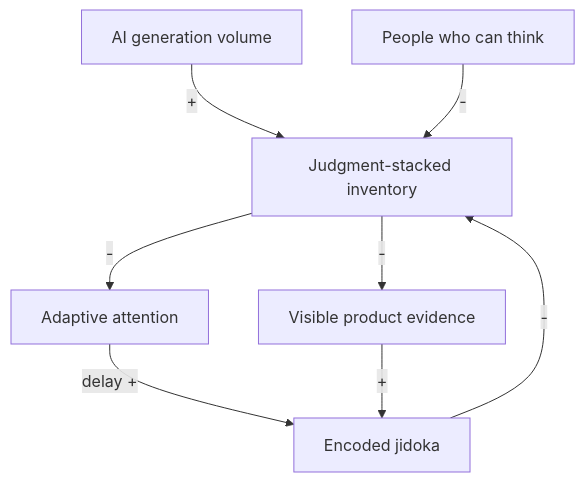
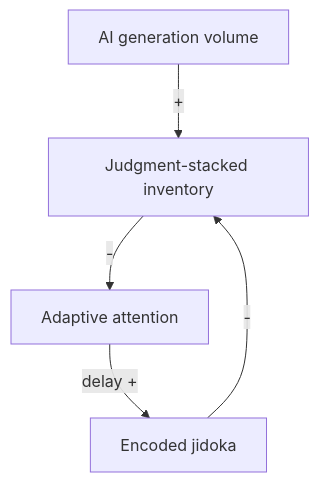
One commit to terryyin/terry-talks changed the second of 3 diagrams in TPS and AI/claims/22-tps-less-ai-cld.md. Above: the diagram before and after it, drawn with Mermaid. The commit also changed other lines of this file, not shown here.

Commit message:
Settle the Claim 22 slide figure set at three small CLDs

````diff
--- a/TPS and AI/claims/22-tps-less-ai-cld.md
+++ b/TPS and AI/claims/22-tps-less-ai-cld.md
@@ -122,17 +117,12 @@
 ```mermaid
 flowchart TB
   AI[AI generation volume]
   INV[Judgment-stacked inventory]
+  AA[Adaptive attention]
   EJ[Encoded jidoka]
-  AA[Adaptive attention]
-  THINK[People who can think]
-  VIS[Visible product evidence]
 
   AI -->|"+"| INV
+  INV -->|"-"| AA
+  AA -->|"delay +"| EJ
   EJ -->|"-"| INV
-  THINK -->|"-"| INV
-  INV -->|"-"| AA
-  INV -->|"-"| VIS
-  AA -->|"delay +"| EJ
-  VIS -->|"+"| EJ
 ```
````
